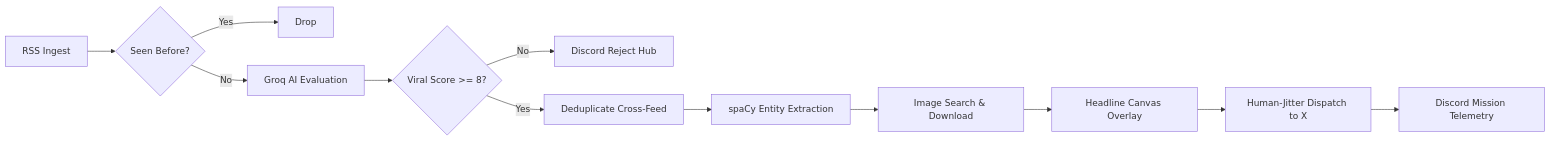
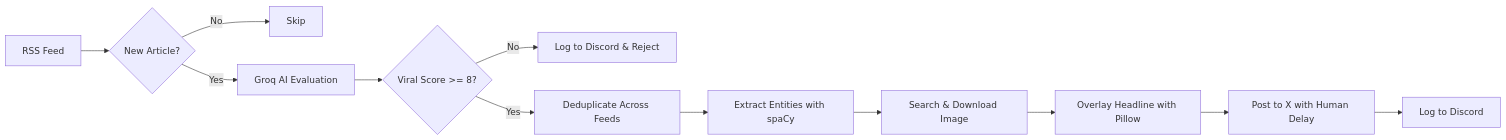
The diagram in README.md (sauhardh/bird), drawn with Mermaid before and after one commit. The commit also changed other lines of this file, not shown here.

````diff
--- a/README.md
+++ b/README.md
@@ -35,14 +38,14 @@
 ```mermaid
 flowchart LR
-    A[RSS Ingest] --> B{Seen Before?}
-    B -- Yes --> X[Drop]
-    B -- No --> C[Groq AI Evaluation]
+    A[RSS Feed] --> B{New Article?}
+    B -- No --> End[Skip]
+    B -- Yes --> C[Groq AI Evaluation]
     C --> D{Viral Score >= 8?}
-    D -- No --> R1[Discord Reject Hub]
-    D -- Yes --> E[Deduplicate Cross-Feed]
-    E --> F[spaCy Entity Extraction]
-    F --> G[Image Search & Download]
-    G --> H[Headline Canvas Overlay]
-    H --> I[Human-Jitter Dispatch to X]
-    I --> J[Discord Mission Telemetry]
+    D -- No --> R[Log to Discord & Reject]
+    D -- Yes --> E[Deduplicate Across Feeds]
+    E --> F[Extract Entities with spaCy]
+    F --> G[Search & Download Image]
+    G --> H[Overlay Headline with Pillow]
+    H --> I[Post to X with Human Delay]
+    I --> J[Log to Discord]
 ```
````
